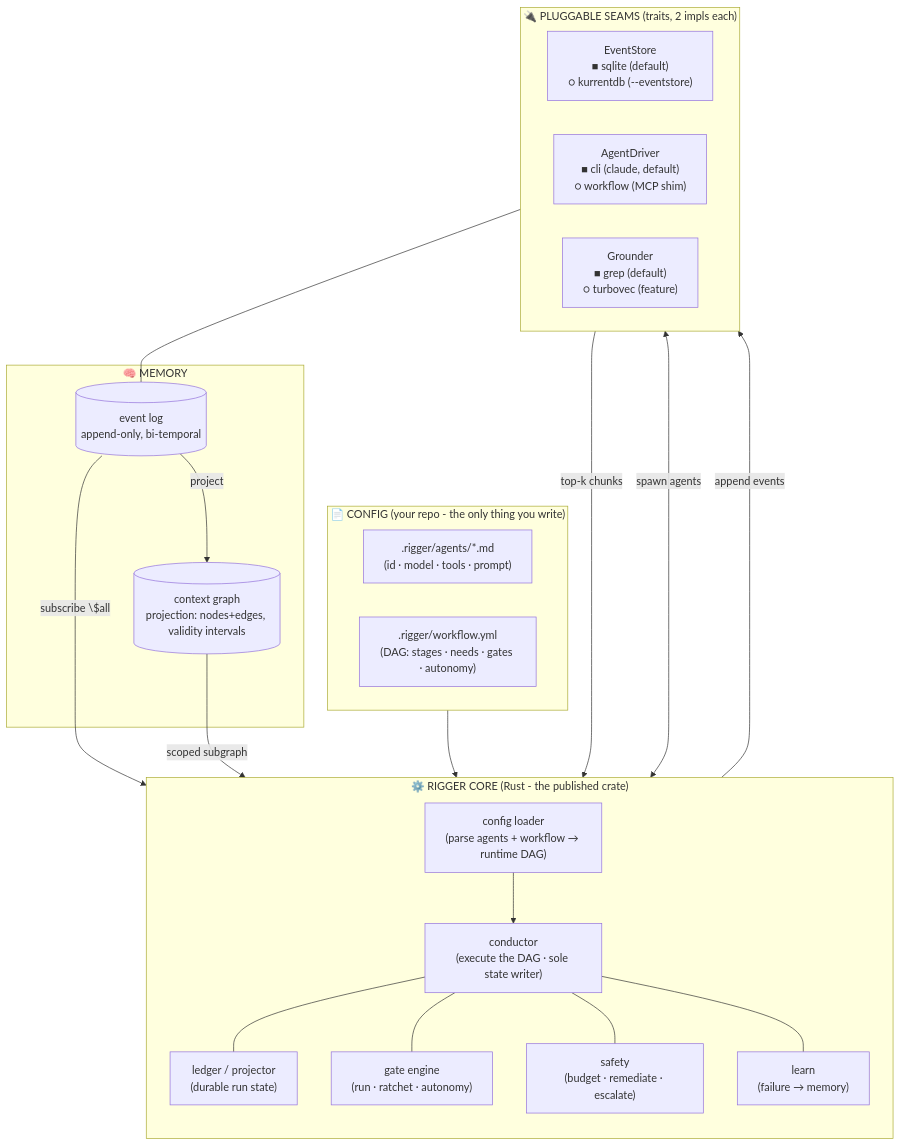
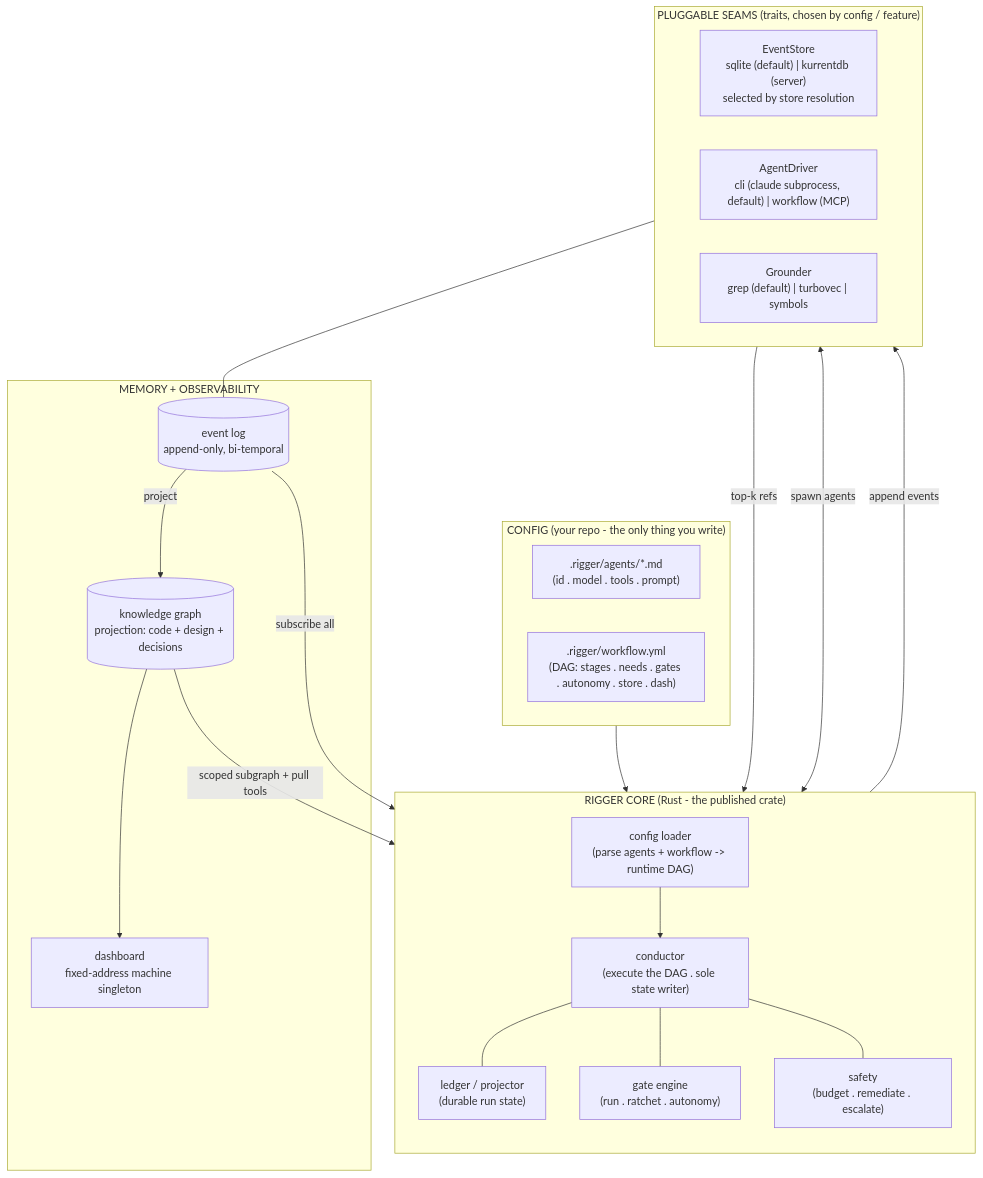
One commit to virtual-velocitation/rigger changed the first of 3 diagrams in docs/architecture.md. Above: the diagram before and after it, drawn with Mermaid. The commit also changed other lines of this file and 1 other file, not shown here.

First line of the commit message:
docs(56): rebuild architecture.md to describe the current system (c1)

````diff
--- a/docs/architecture.md
+++ b/docs/architecture.md
@@ -106,40 +118,41 @@
 ```mermaid
 flowchart TB
-  subgraph CFG["📄 CONFIG (your repo - the only thing you write)"]
-    AG[".rigger/agents/*.md<br/>(id · model · tools · prompt)"]
-    WF[".rigger/workflow.yml<br/>(DAG: stages · needs · gates · autonomy)"]
+  subgraph CFG["CONFIG (your repo - the only thing you write)"]
+    AG[".rigger/agents/*.md<br/>(id . model . tools . prompt)"]
+    WF[".rigger/workflow.yml<br/>(DAG: stages . needs . gates . autonomy . store . dash)"]
   end
 
-  subgraph CORE["⚙️ RIGGER CORE (Rust - the published crate)"]
+  subgraph CORE["RIGGER CORE (Rust - the published crate)"]
     direction TB
-    LOADER["config loader<br/>(parse agents + workflow → runtime DAG)"]
-    COND["conductor<br/>(execute the DAG · sole state writer)"]
+    LOADER["config loader<br/>(parse agents + workflow -> runtime DAG)"]
+    COND["conductor<br/>(execute the DAG . sole state writer)"]
     LEDGER["ledger / projector<br/>(durable run state)"]
-    GATES["gate engine<br/>(run · ratchet · autonomy)"]
-    SAFE["safety<br/>(budget · remediate · escalate)"]
-    LEARN["learn<br/>(failure → memory)"]
-    COND --- LEDGER & GATES & SAFE & LEARN
+    GATES["gate engine<br/>(run . ratchet . autonomy)"]
+    SAFE["safety<br/>(budget . remediate . escalate)"]
     LOADER --> COND
+    COND --- LEDGER & GATES & SAFE
   end
 
-  subgraph SEAMS["🔌 PLUGGABLE SEAMS (traits, 2 impls each)"]
+  subgraph SEAMS["PLUGGABLE SEAMS (traits, chosen by config / feature)"]
     direction LR
-    ES["EventStore<br/>■ sqlite (default)<br/>○ kurrentdb (--eventstore)"]
-    DR["AgentDriver<br/>■ cli  (claude, default)<br/>○ workflow (MCP shim)"]
-    GR["Grounder<br/>■ grep (default)<br/>○ turbovec (feature)"]
+    ES["EventStore<br/>sqlite (default) | kurrentdb (server)<br/>selected by store resolution"]
+    DR["AgentDriver<br/>cli (claude subprocess, default) | workflow (MCP)"]
+    GR["Grounder<br/>grep (default) | turbovec | symbols"]
   end
 
-  subgraph MEM["🧠 MEMORY"]
+  subgraph MEM["MEMORY + OBSERVABILITY"]
     LOG[("event log<br/>append-only, bi-temporal")]
-    CG[("context graph<br/>projection: nodes+edges, validity intervals")]
+    CG[("knowledge graph<br/>projection: code + design + decisions")]
+    DASH["dashboard<br/>fixed-address machine singleton"]
     LOG -->|project| CG
+    CG --> DASH
   end
 
   CFG --> LOADER
   COND <-->|spawn agents| DR
   COND -->|append events| ES
   ES --- LOG
-  LOG -->|subscribe \$all| COND
-  CG -->|scoped subgraph| COND
-  GR -->|top-k chunks| COND
+  LOG -->|subscribe all| COND
+  CG -->|scoped subgraph + pull tools| COND
+  GR -->|top-k refs| COND
 ```
````
